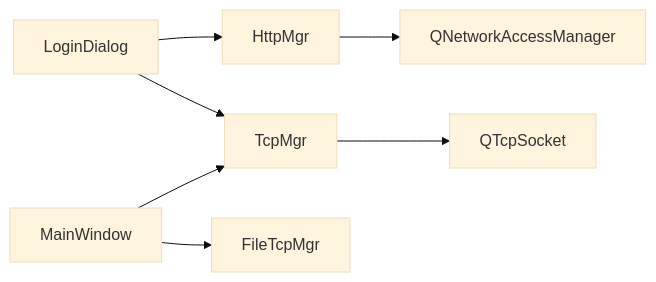
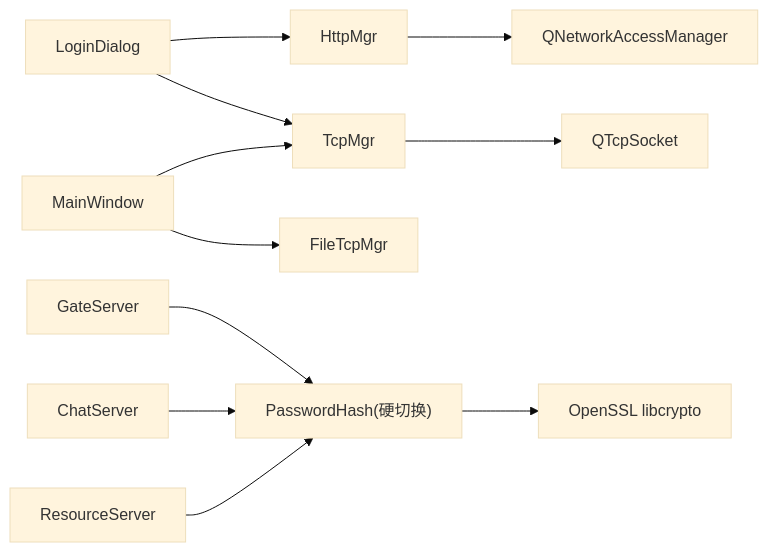
One commit to echo9923/mychatter changed the seventh of 7 diagrams in .qoder/repowiki/zh/content/核心功能模块/用户认证系统/用户登录功能.md. Above: the diagram before and after it, drawn with Mermaid (base theme). The commit also changed other lines of this file and 58 other files, not shown here.

````diff
--- a/.qoder/repowiki/zh/content/核心功能模块/用户认证系统/用户登录功能.md
+++ b/.qoder/repowiki/zh/content/核心功能模块/用户认证系统/用户登录功能.md
@@ -283,9 +389,13 @@
 ```mermaid
 graph LR
 LD["LoginDialog"] --> HM["HttpMgr"]
 LD --> TM["TcpMgr"]
 HM --> QNAM["QNetworkAccessManager"]
 TM --> QTCP["QTcpSocket"]
 MW["MainWindow"] --> TM
 MW --> FTCP["FileTcpMgr"]
+GS["GateServer"] --> PH["PasswordHash(硬切换)"]
+CS["ChatServer"] --> PH
+RS["ResourceServer"] --> PH
+PH --> OPENSSL["OpenSSL libcrypto"]
 ```
````
